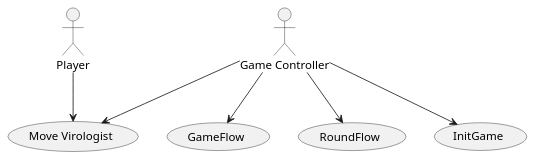
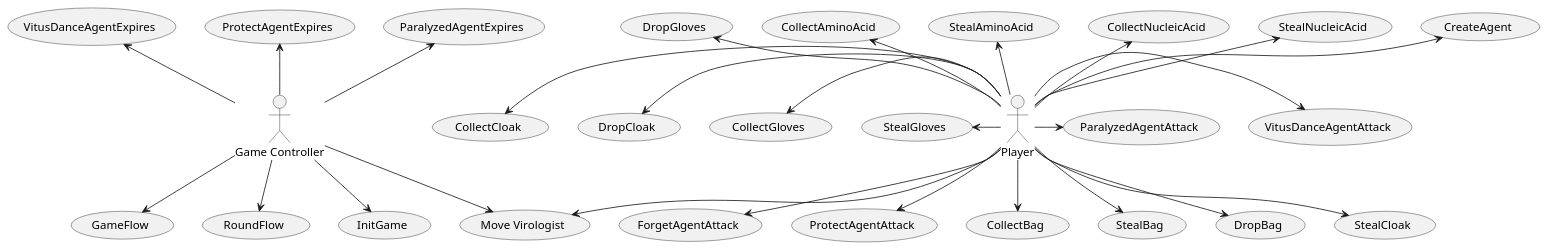
Before and after one commit to Projlab-csb/projlab-virologus: the diagram in skeleton/use-case-diagram/UseCase.puml, drawn with PlantUML. The commit also changed 2 other files, not shown here.

```diff
--- a/skeleton/use-case-diagram/UseCase.puml
+++ b/skeleton/use-case-diagram/UseCase.puml
@@ -1,15 +1,39 @@
 @startuml
 'https://plantuml.com/use-case-diagram
 
 :Game Controller: as GameController
 
 Player as Player
 
 (Move Virologist) <-u- Player
 (Move Virologist) <-u- GameController
 
 (GameFlow) <-u- GameController
 (RoundFlow) <-u- GameController
 (InitGame)  <-u- GameController
+(ForgetAgentAttack) <-u- Player
+(VitusDanceAgentAttack) <-l- Player
+(VitusDanceAgentExpires) <-- GameController
+(ProtectAgentAttack) <-u- Player
+(ProtectAgentExpires) <-- GameController
+(ParalyzedAgentAttack) <-l- Player
+(ParalyzedAgentExpires) <-- GameController
+(CollectBag) <-u- Player
+(StealBag) <-u- Player
+(DropBag) <-u- Player
+(CollectCloak) <-r- Player
+(StealCloak) <-u- Player
+(DropCloak) <-r- Player
+(CollectGloves) <-r- Player
+(StealGloves) <-r- Player
+(DropGloves) <-- Player
+(CollectAminoAcid) <-- Player
+(StealAminoAcid) <-- Player
+(CollectNucleicAcid) <-- Player
+(StealNucleicAcid) <-- Player
+(CreateAgent) <-- Player
+
+
+
 
 @enduml
```
